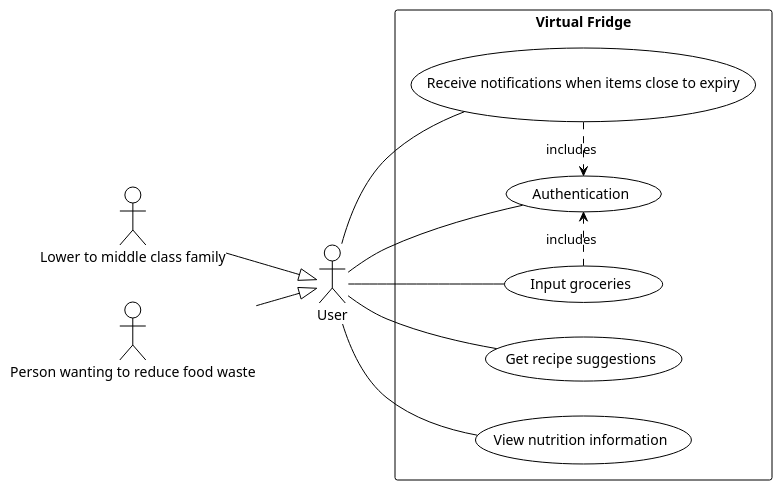
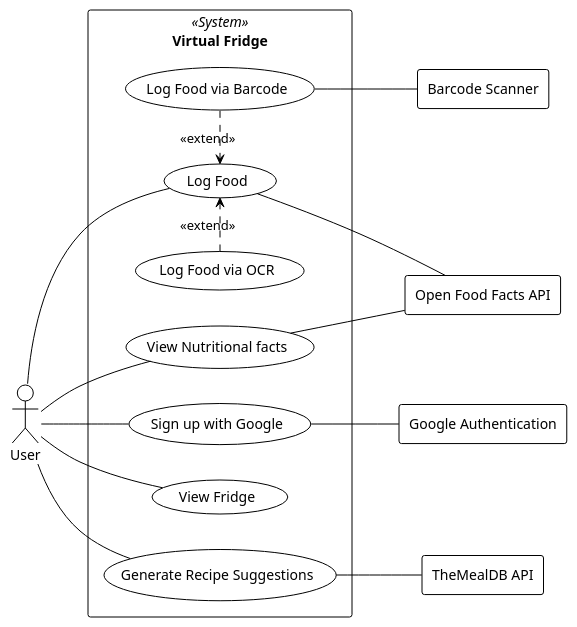
The diagram in documentation/diagrams/usecase.plantuml (virtualfridge/virtualfridge), drawn with PlantUML before and after one commit. The commit also changed 8 other files, not shown here.

Commit message:
Update usecase diagram and use svgs

```diff
--- a/documentation/diagrams/usecase.plantuml
+++ b/documentation/diagrams/usecase.plantuml
@@ -4,20 +4,33 @@
 @startuml
 !theme plain
 left to right direction
-:Lower to middle class family: --|> User
-:Person wanting to reduce food waste: --|> User
-rectangle "Virtual Fridge" {
-usecase authentication as "Authentication"
-usecase groceries as "Input groceries"
-usecase recipes as "Get recipe suggestions"
-usecase expiration as "Receive notifications when items close to expiry"
-usecase nutrition as "View nutrition information"
+actor User
+rectangle "Virtual Fridge" << System >> {
+  usecase logOcr as "Log Food via OCR"
+  usecase logFood as "Log Food"
+  usecase logBarcode as "Log Food via Barcode"
+
+
+  logBarcode .> logFood : << extend >>
+  logOcr .> logFood: << extend >>
+
+  usecase viewNutrition as "View Nutritional facts"
+  usecase signUp as "Sign up with Google"
+  usecase viewFridge as "View Fridge"
+  usecase generateRecipes as "Generate Recipe Suggestions"
 }
-expiration .> authentication : includes
-groceries .> authentication : includes
-User -- authentication
-User -- groceries
-User -- recipes
-User -- expiration
-User -- nutrition
+User -- signUp
+User -- logFood
+User -- viewFridge
+User -- generateRecipes
+User -- viewNutrition
+rectangle openFoodFacts as "Open Food Facts API"
+rectangle googleAuth as "Google Authentication"
+rectangle recipeApi as "TheMealDB API"
+rectangle barcodeScanner as "Barcode Scanner"
+generateRecipes -- recipeApi
+viewNutrition -- openFoodFacts
+signUp -- googleAuth
+logBarcode -- barcodeScanner
+logFood -- openFoodFacts
 @enduml
```
